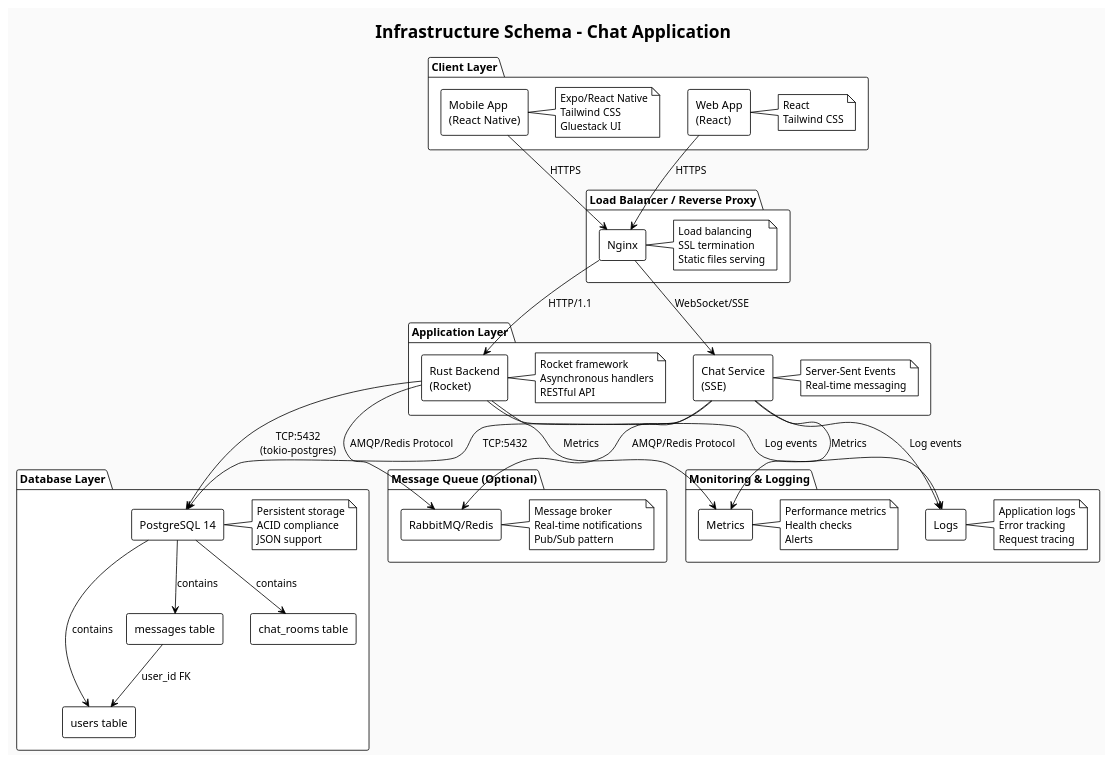
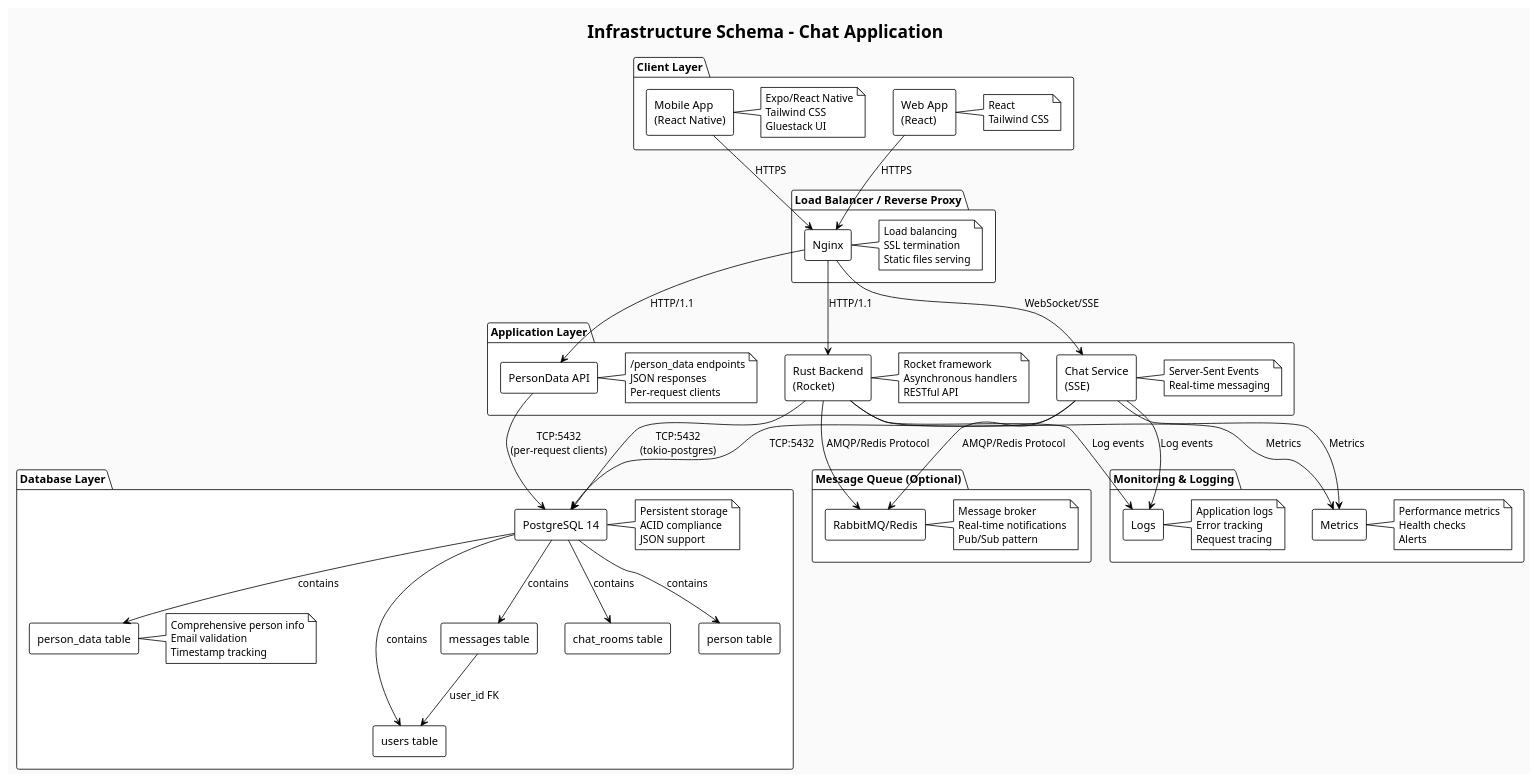
Before and after one commit to DieuDuHub/chat: the diagram in infrastructure.puml, drawn with PlantUML. The commit also changed 5 other files, not shown here.

```diff
--- a/infrastructure.puml
+++ b/infrastructure.puml
@@ -1,79 +1,88 @@
 @startuml infrastructure
 !theme plain
 title Infrastructure Schema - Chat Application
 
 skinparam backgroundColor #FAFAFA
 skinparam componentStyle rectangle
 
 package "Client Layer" {
     [Mobile App\n(React Native)] as MobileApp
     [Web App\n(React)] as WebApp
     note right of MobileApp : Expo/React Native\nTailwind CSS\nGluestack UI
     note right of WebApp : React\nTailwind CSS
 }
 
 package "Load Balancer / Reverse Proxy" {
     [Nginx] as Nginx
     note right of Nginx : Load balancing\nSSL termination\nStatic files serving
 }
 
 package "Application Layer" {
     [Rust Backend\n(Rocket)] as RustApp
     [Chat Service\n(SSE)] as ChatService
+    [PersonData API] as PersonAPI
     note right of RustApp : Rocket framework\nAsynchronous handlers\nRESTful API
     note right of ChatService : Server-Sent Events\nReal-time messaging
+    note right of PersonAPI : /person_data endpoints\nJSON responses\nPer-request clients
 }
 
 package "Database Layer" {
     component "PostgreSQL 14" as PostgresDB
     note right of PostgresDB : Persistent storage\nACID compliance\nJSON support
     
     component "users table" as UsersTable
     component "messages table" as MessagesTable  
     component "chat_rooms table" as ChatRoomsTable
+    component "person table" as PersonTable
+    component "person_data table" as PersonDataTable
+    note right of PersonDataTable : Comprehensive person info\nEmail validation\nTimestamp tracking
 }
 
 package "Message Queue (Optional)" {
     [RabbitMQ/Redis] as MessageQueue
     note right of MessageQueue : Message broker\nReal-time notifications\nPub/Sub pattern
 }
 
 package "Monitoring & Logging" {
     [Logs] as Logging
     [Metrics] as Monitoring
     note right of Logging : Application logs\nError tracking\nRequest tracing
     note right of Monitoring : Performance metrics\nHealth checks\nAlerts
 }
 
 ' Client connections
 MobileApp --> Nginx : HTTPS
 WebApp --> Nginx : HTTPS
 
 ' Nginx to backend
 Nginx --> RustApp : HTTP/1.1
 Nginx --> ChatService : WebSocket/SSE
+Nginx --> PersonAPI : HTTP/1.1
 
 ' Backend to database
 RustApp --> PostgresDB : TCP:5432\n(tokio-postgres)
 ChatService --> PostgresDB : TCP:5432
+PersonAPI --> PostgresDB : TCP:5432\n(per-request clients)
 
 ' Database table relations
 PostgresDB --> UsersTable : contains
 PostgresDB --> MessagesTable : contains
 PostgresDB --> ChatRoomsTable : contains
+PostgresDB --> PersonTable : contains
+PostgresDB --> PersonDataTable : contains
 MessagesTable --> UsersTable : user_id FK
 
 ' Optional message queue
 RustApp --> MessageQueue : AMQP/Redis Protocol
 ChatService --> MessageQueue : AMQP/Redis Protocol
 
 ' Monitoring connections
 RustApp --> Logging : Log events
 RustApp --> Monitoring : Metrics
 ChatService --> Logging : Log events
 ChatService --> Monitoring : Metrics
 
 ' Database relations - remove the self-reference
 ' Foreign key relationships are now shown above
 
 @enduml
```
